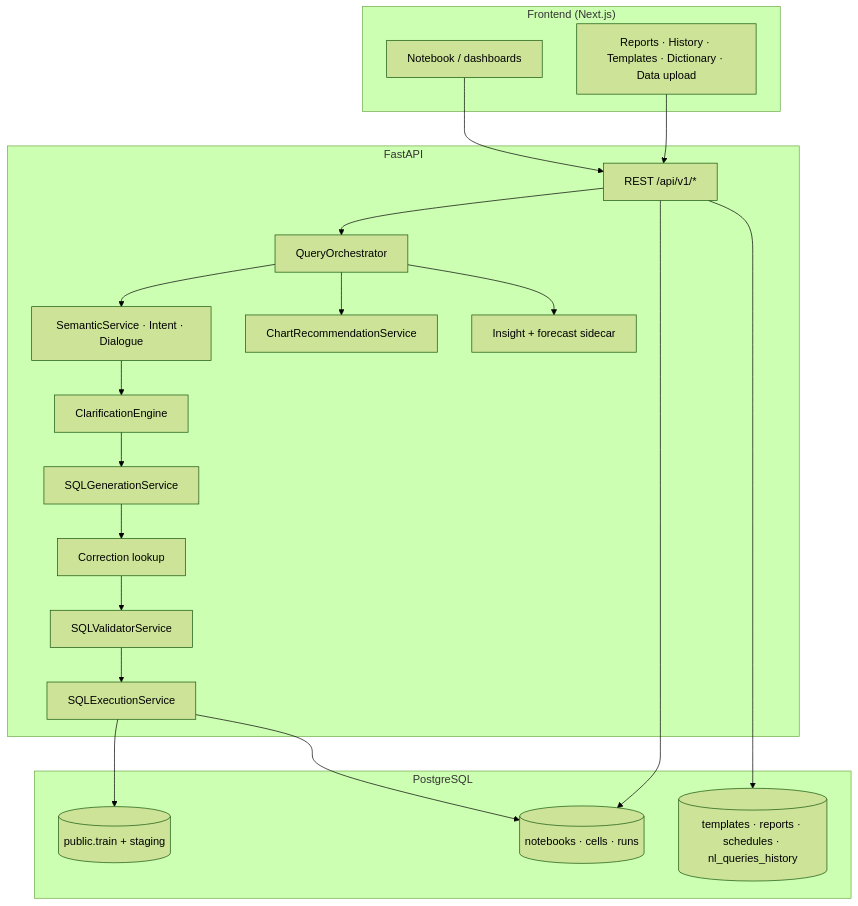
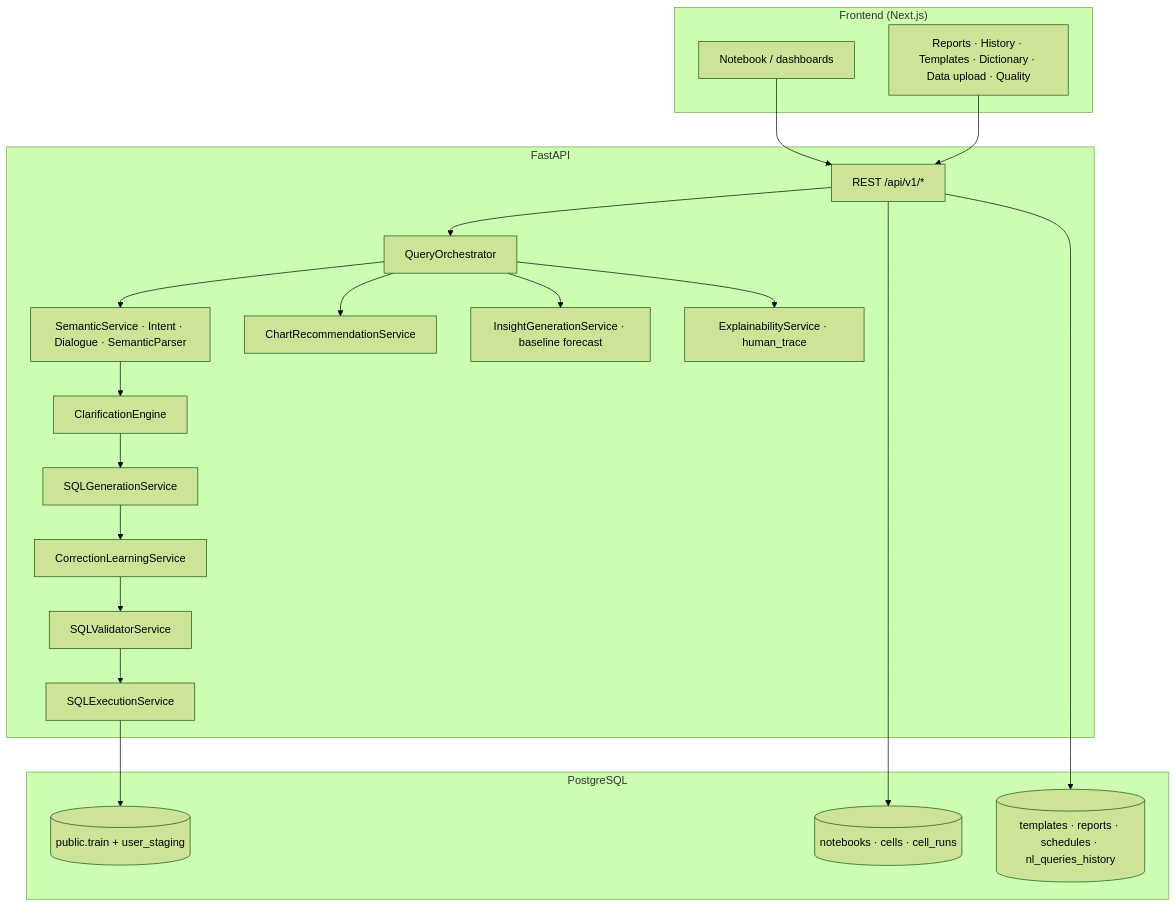
The second of 2 diagrams in docs/architecture.md (TronTanya/Drivee-Analytics), drawn with Mermaid (forest theme) before and after one commit. The commit also changed other lines of this file and 19 other files, not shown here.

First line of the commit message:
docs: README — запуск и порты; расширенная architecture; чистка docs; логотип screenshots; правки frontend env/next

````diff
--- a/docs/architecture.md
+++ b/docs/architecture.md
@@ -16,42 +101,43 @@
 ```mermaid
 flowchart TB
   subgraph fe["Frontend (Next.js)"]
     NB["Notebook / dashboards"]
-    SYS["Reports · History · Templates · Dictionary · Data upload"]
+    SYS["Reports · History · Templates · Dictionary · Data upload · Quality"]
   end
 
   subgraph api["FastAPI"]
     R["REST /api/v1/*"]
     ORC["QueryOrchestrator"]
-    SEM["SemanticService · Intent · Dialogue"]
+    SEM["SemanticService · Intent · Dialogue · SemanticParser"]
     CLAR["ClarificationEngine"]
     SQLG["SQLGenerationService"]
-    COR["Correction lookup"]
+    COR["CorrectionLearningService"]
     VAL["SQLValidatorService"]
     EXE["SQLExecutionService"]
     CHART["ChartRecommendationService"]
-    INS["Insight + forecast sidecar"]
+    INS["InsightGenerationService · baseline forecast"]
+    EXP["ExplainabilityService · human_trace"]
   end
 
   subgraph db["PostgreSQL"]
-    ORD[("public.train + staging")]
-    NBDB[("notebooks · cells · runs")]
+    ORD[("public.train + user_staging")]
+    NBDB[("notebooks · cells · cell_runs")]
     META[("templates · reports · schedules · nl_queries_history")]
   end
 
   NB --> R
   SYS --> R
   R --> ORC
   ORC --> SEM
   SEM --> CLAR
   CLAR --> SQLG
   SQLG --> COR
   COR --> VAL
   VAL --> EXE
   EXE --> ORD
-  EXE --> NBDB
   ORC --> CHART
   ORC --> INS
+  ORC --> EXP
   R --> NBDB
   R --> META
 ```
````
